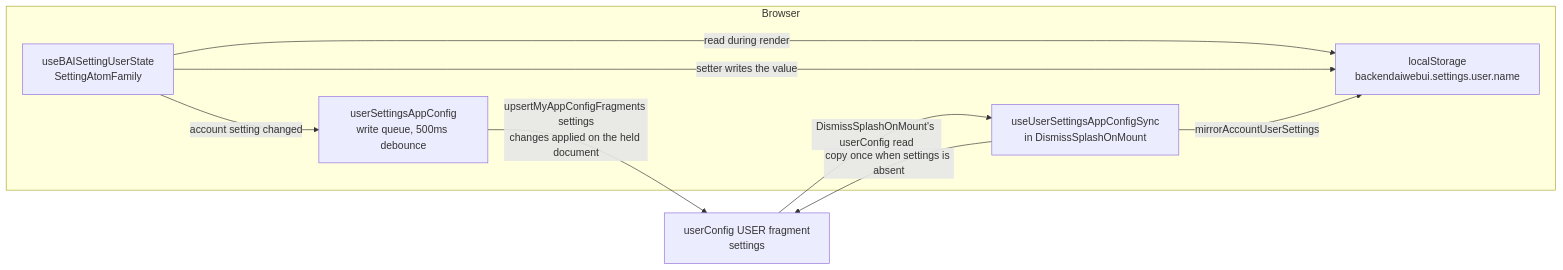
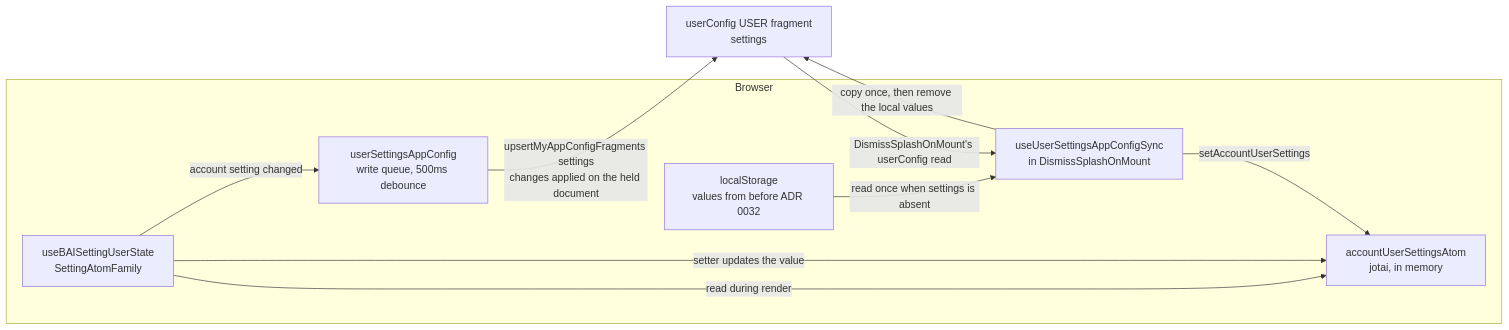
The diagram in docs/adr/0032-personal-settings-in-the-user-app-config.md (lablup/backend.ai-webui), drawn with Mermaid before and after one commit. The commit also changed other lines of this file and 14 other files, not shown here.

First line of the commit message:
refactor(#10435): hold account settings in memory instead of a localStorage mirror

````diff
--- a/docs/adr/0032-personal-settings-in-the-user-app-config.md
+++ b/docs/adr/0032-personal-settings-in-the-user-app-config.md
@@ -22,17 +24,19 @@
 ```mermaid
 flowchart LR
   subgraph browser["Browser"]
     hook["useBAISettingUserState<br/>SettingAtomFamily"]
-    mirror["localStorage<br/>backendaiwebui.settings.user.name"]
+    memory["accountUserSettingsAtom<br/>jotai, in memory"]
+    legacy["localStorage<br/>values from before ADR 0032"]
     queue["userSettingsAppConfig<br/>write queue, 500ms debounce"]
     sync["useUserSettingsAppConfigSync<br/>in DismissSplashOnMount"]
   end
   user["userConfig USER fragment<br/>settings"]
-  hook -- "read during render" --> mirror
-  hook -- "setter writes the value" --> mirror
+  hook -- "read during render" --> memory
+  hook -- "setter updates the value" --> memory
   hook -- "account setting changed" --> queue
   queue -- "upsertMyAppConfigFragments settings<br/>changes applied on the held document" --> user
   user -- "DismissSplashOnMount's userConfig read" --> sync
-  sync -- "mirrorAccountUserSettings" --> mirror
-  sync -- "copy once when settings is absent" --> user
+  sync -- "setAccountUserSettings" --> memory
+  legacy -- "read once when settings is absent" --> sync
+  sync -- "copy once, then remove the local values" --> user
 ```
````
